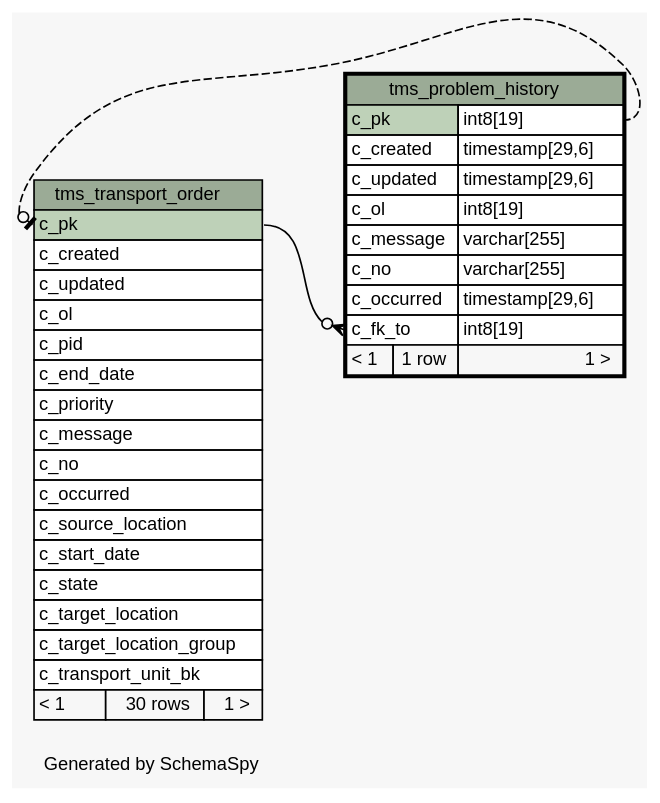
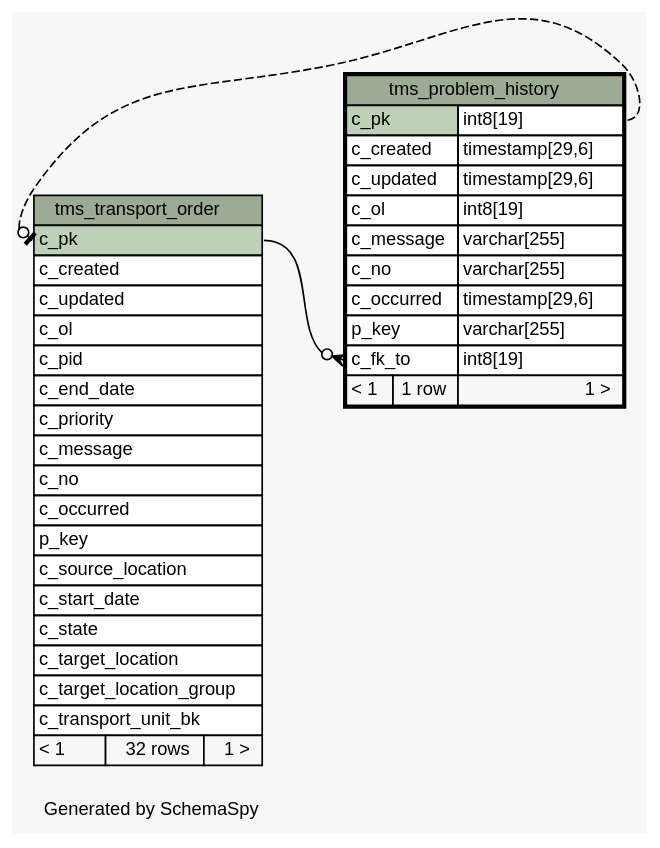
One commit to openwms/org.openwms.tms.transportation changed the diagram in schemaspy/diagrams/tms_problem_history.implied2degrees.dot. Above: the diagram before and after it, drawn with Graphviz. The commit also changed 341 other files, not shown here.

```diff
--- a/schemaspy/diagrams/tms_problem_history.implied2degrees.dot
+++ b/schemaspy/diagrams/tms_problem_history.implied2degrees.dot
@@ -1,66 +1,68 @@
 // dot 2.36.0 on Linux 4.4.0-101-generic
 // SchemaSpy rev Unknown
 digraph "impliedTwoDegreesRelationshipsDiagram" {
   graph [
     rankdir="RL"
     bgcolor="#f7f7f7"
     label="\nGenerated by SchemaSpy"
     labeljust="l"
     nodesep="0.18"
     ranksep="0.46"
     fontname="Helvetica"
     fontsize="11"
   ];
   node [
     fontname="Helvetica"
     fontsize="11"
     shape="plaintext"
   ];
   edge [
     arrowsize="0.8"
   ];
   "tms_problem_history":"c_fk_to":w -> "tms_transport_order":"c_pk":e [arrowhead=none dir=back arrowtail=crowodot];
   "tms_transport_order":"c_pk":w -> "tms_problem_history":"c_pk.type":e [arrowhead=none dir=back arrowtail=teeodot style=dashed];
   "tms_problem_history" [
     label=<
     <TABLE BORDER="2" CELLBORDER="1" CELLSPACING="0" BGCOLOR="#ffffff">
       <TR><TD COLSPAN="3" BGCOLOR="#9bab96" ALIGN="CENTER">tms_problem_history</TD></TR>
       <TR><TD PORT="c_pk" COLSPAN="2" BGCOLOR="#bed1b8" ALIGN="LEFT">c_pk</TD><TD PORT="c_pk.type" ALIGN="LEFT">int8[19]</TD></TR>
       <TR><TD PORT="c_created" COLSPAN="2" ALIGN="LEFT">c_created</TD><TD PORT="c_created.type" ALIGN="LEFT">timestamp[29,6]</TD></TR>
       <TR><TD PORT="c_updated" COLSPAN="2" ALIGN="LEFT">c_updated</TD><TD PORT="c_updated.type" ALIGN="LEFT">timestamp[29,6]</TD></TR>
       <TR><TD PORT="c_ol" COLSPAN="2" ALIGN="LEFT">c_ol</TD><TD PORT="c_ol.type" ALIGN="LEFT">int8[19]</TD></TR>
       <TR><TD PORT="c_message" COLSPAN="2" ALIGN="LEFT">c_message</TD><TD PORT="c_message.type" ALIGN="LEFT">varchar[255]</TD></TR>
       <TR><TD PORT="c_no" COLSPAN="2" ALIGN="LEFT">c_no</TD><TD PORT="c_no.type" ALIGN="LEFT">varchar[255]</TD></TR>
       <TR><TD PORT="c_occurred" COLSPAN="2" ALIGN="LEFT">c_occurred</TD><TD PORT="c_occurred.type" ALIGN="LEFT">timestamp[29,6]</TD></TR>
+      <TR><TD PORT="p_key" COLSPAN="2" ALIGN="LEFT">p_key</TD><TD PORT="p_key.type" ALIGN="LEFT">varchar[255]</TD></TR>
       <TR><TD PORT="c_fk_to" COLSPAN="2" ALIGN="LEFT">c_fk_to</TD><TD PORT="c_fk_to.type" ALIGN="LEFT">int8[19]</TD></TR>
       <TR><TD ALIGN="LEFT" BGCOLOR="#f7f7f7">&lt; 1</TD><TD ALIGN="RIGHT" BGCOLOR="#f7f7f7">1 row</TD><TD ALIGN="RIGHT" BGCOLOR="#f7f7f7">1 &gt;</TD></TR>
     </TABLE>>
     URL="tms_problem_history.html"
     tooltip="tms_problem_history"
   ];
   "tms_transport_order" [
     label=<
     <TABLE BORDER="0" CELLBORDER="1" CELLSPACING="0" BGCOLOR="#ffffff">
       <TR><TD COLSPAN="3" BGCOLOR="#9bab96" ALIGN="CENTER">tms_transport_order</TD></TR>
       <TR><TD PORT="c_pk" COLSPAN="3" BGCOLOR="#bed1b8" ALIGN="LEFT">c_pk</TD></TR>
       <TR><TD PORT="c_created" COLSPAN="3" ALIGN="LEFT">c_created</TD></TR>
       <TR><TD PORT="c_updated" COLSPAN="3" ALIGN="LEFT">c_updated</TD></TR>
       <TR><TD PORT="c_ol" COLSPAN="3" ALIGN="LEFT">c_ol</TD></TR>
       <TR><TD PORT="c_pid" COLSPAN="3" ALIGN="LEFT">c_pid</TD></TR>
       <TR><TD PORT="c_end_date" COLSPAN="3" ALIGN="LEFT">c_end_date</TD></TR>
       <TR><TD PORT="c_priority" COLSPAN="3" ALIGN="LEFT">c_priority</TD></TR>
       <TR><TD PORT="c_message" COLSPAN="3" ALIGN="LEFT">c_message</TD></TR>
       <TR><TD PORT="c_no" COLSPAN="3" ALIGN="LEFT">c_no</TD></TR>
       <TR><TD PORT="c_occurred" COLSPAN="3" ALIGN="LEFT">c_occurred</TD></TR>
+      <TR><TD PORT="p_key" COLSPAN="3" ALIGN="LEFT">p_key</TD></TR>
       <TR><TD PORT="c_source_location" COLSPAN="3" ALIGN="LEFT">c_source_location</TD></TR>
       <TR><TD PORT="c_start_date" COLSPAN="3" ALIGN="LEFT">c_start_date</TD></TR>
       <TR><TD PORT="c_state" COLSPAN="3" ALIGN="LEFT">c_state</TD></TR>
       <TR><TD PORT="c_target_location" COLSPAN="3" ALIGN="LEFT">c_target_location</TD></TR>
       <TR><TD PORT="c_target_location_group" COLSPAN="3" ALIGN="LEFT">c_target_location_group</TD></TR>
       <TR><TD PORT="c_transport_unit_bk" COLSPAN="3" ALIGN="LEFT">c_transport_unit_bk</TD></TR>
-      <TR><TD ALIGN="LEFT" BGCOLOR="#f7f7f7">&lt; 1</TD><TD ALIGN="RIGHT" BGCOLOR="#f7f7f7">30 rows</TD><TD ALIGN="RIGHT" BGCOLOR="#f7f7f7">1 &gt;</TD></TR>
+      <TR><TD ALIGN="LEFT" BGCOLOR="#f7f7f7">&lt; 1</TD><TD ALIGN="RIGHT" BGCOLOR="#f7f7f7">32 rows</TD><TD ALIGN="RIGHT" BGCOLOR="#f7f7f7">1 &gt;</TD></TR>
     </TABLE>>
     URL="tms_transport_order.html"
     tooltip="tms_transport_order"
   ];
 }
```
